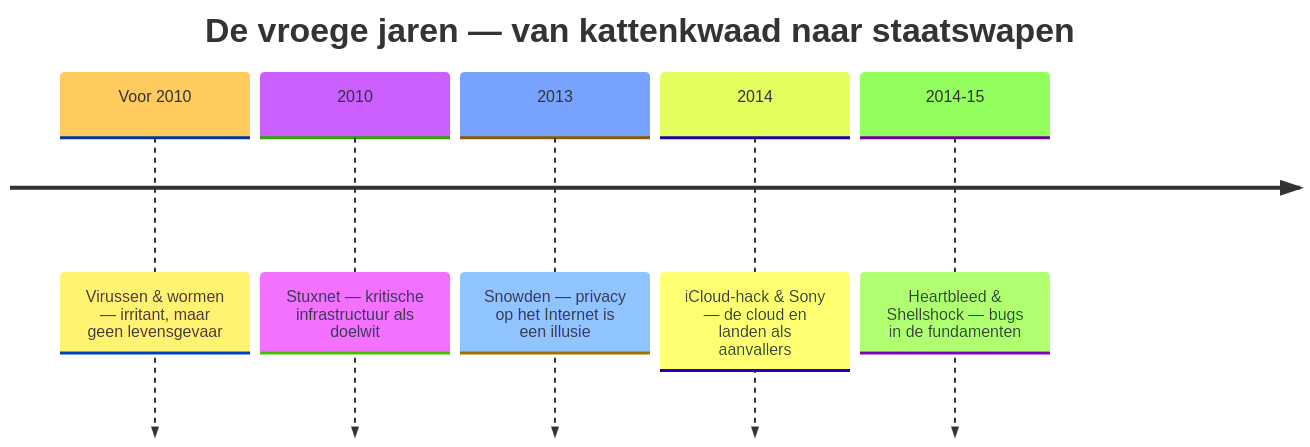
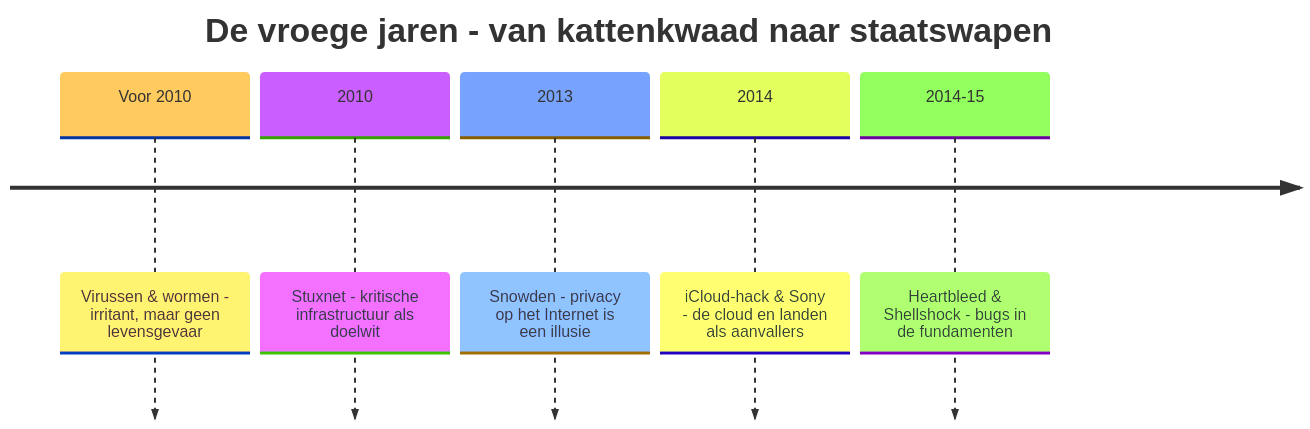
Before and after one commit to timdams/cyberboswachters_boek: the first of 7 diagrams in cyberboswachters/slides/wordtheterger.qmd, drawn with Mermaid. The commit also changed other lines of this file and 20 other files, not shown here.

````diff
--- a/cyberboswachters/slides/wordtheterger.qmd
+++ b/cyberboswachters/slides/wordtheterger.qmd
@@ -40,10 +40,10 @@
 ```{mermaid}
 %%{init: {"theme": "base", "timeline": {"useMaxWidth": true}} }%%
 timeline
-    title De vroege jaren — van kattenkwaad naar staatswapen
-    Voor 2010 : Virussen & wormen — irritant, maar geen levensgevaar
-    2010 : Stuxnet — kritische infrastructuur als doelwit
-    2013 : Snowden — privacy op het Internet is een illusie
-    2014 : iCloud-hack & Sony — de cloud en landen als aanvallers
-    2014-15 : Heartbleed & Shellshock — bugs in de fundamenten
+    title De vroege jaren - van kattenkwaad naar staatswapen
+    Voor 2010 : Virussen & wormen - irritant, maar geen levensgevaar
+    2010 : Stuxnet - kritische infrastructuur als doelwit
+    2013 : Snowden - privacy op het Internet is een illusie
+    2014 : iCloud-hack & Sony - de cloud en landen als aanvallers
+    2014-15 : Heartbleed & Shellshock - bugs in de fundamenten
 ```
````
